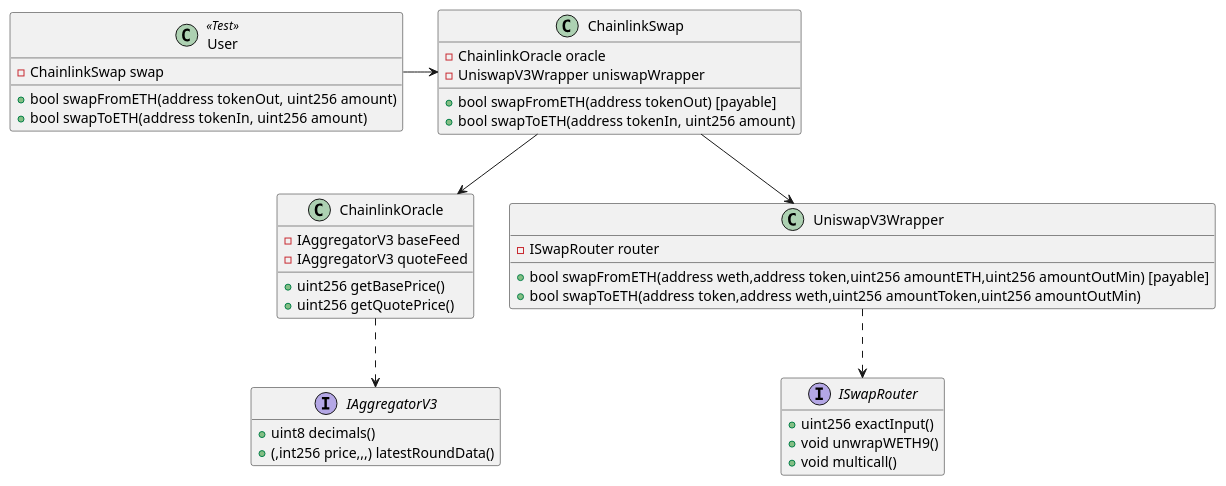
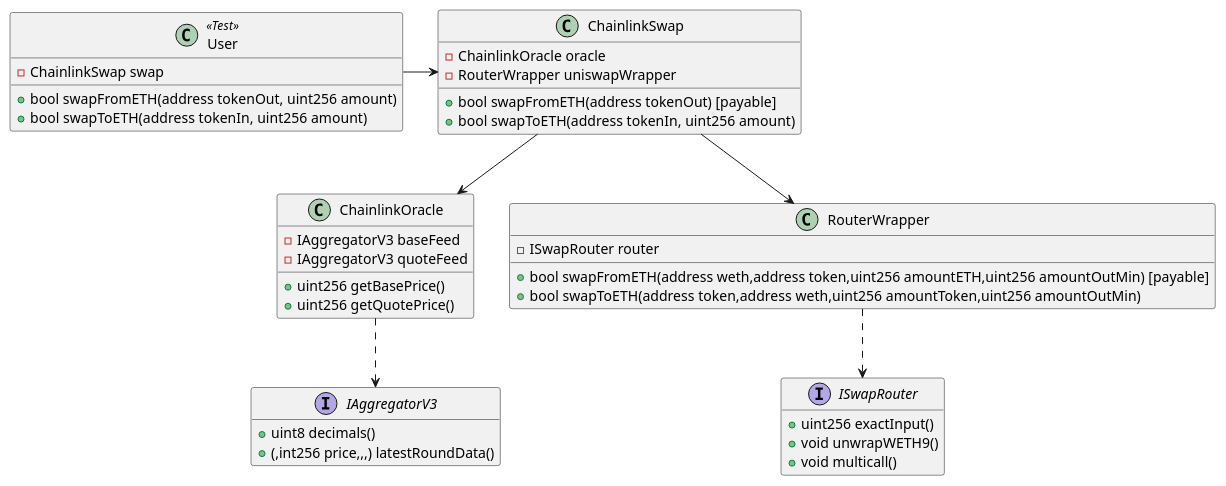
One commit to dimasriat/swap-test changed the diagram in diagram.puml. Above: the diagram before and after it, drawn with PlantUML. The commit also changed 1 other file, not shown here.

Commit message:
chore: rename UniswapV3Wrapper to RouterWrapper

```diff
--- a/diagram.puml
+++ b/diagram.puml
@@ -1,52 +1,52 @@
 @startuml ChainlinkSwapUML
 
 class ChainlinkSwap {
 	- ChainlinkOracle oracle
-	- UniswapV3Wrapper uniswapWrapper
+	- RouterWrapper uniswapWrapper
 
 	+ bool swapFromETH(address tokenOut) [payable]
 	+ bool swapToETH(address tokenIn, uint256 amount)
 }
 
 class ChainlinkOracle {
 	- IAggregatorV3 baseFeed
 	- IAggregatorV3 quoteFeed
 
 	+ uint256 getBasePrice()
 	+ uint256 getQuotePrice()
 }
 
-class UniswapV3Wrapper {
+class RouterWrapper {
 	- ISwapRouter router
 
 	+ bool swapFromETH(address weth,address token,uint256 amountETH,uint256 amountOutMin) [payable]
 	+ bool swapToETH(address token,address weth,uint256 amountToken,uint256 amountOutMin)
 }
 
 interface ISwapRouter {
 	+ uint256 exactInput()
 	+ void unwrapWETH9()
 	+ void multicall()
 }
 hide ISwapRouter attributes
 
 interface IAggregatorV3 {
 	+ uint8 decimals()
 	+ (,int256 price,,,) latestRoundData()
 }
 hide IAggregatorV3 attributes
 
 ChainlinkSwap --> ChainlinkOracle
-ChainlinkSwap --> UniswapV3Wrapper
-UniswapV3Wrapper ..> ISwapRouter
+ChainlinkSwap --> RouterWrapper
+RouterWrapper ..> ISwapRouter
 ChainlinkOracle ..> IAggregatorV3
 
 class User << Test >> {
 	- ChainlinkSwap swap
 	
 	+ bool swapFromETH(address tokenOut, uint256 amount)
 	+ bool swapToETH(address tokenIn, uint256 amount)
 }
 User -> ChainlinkSwap
 
 @enduml
```
